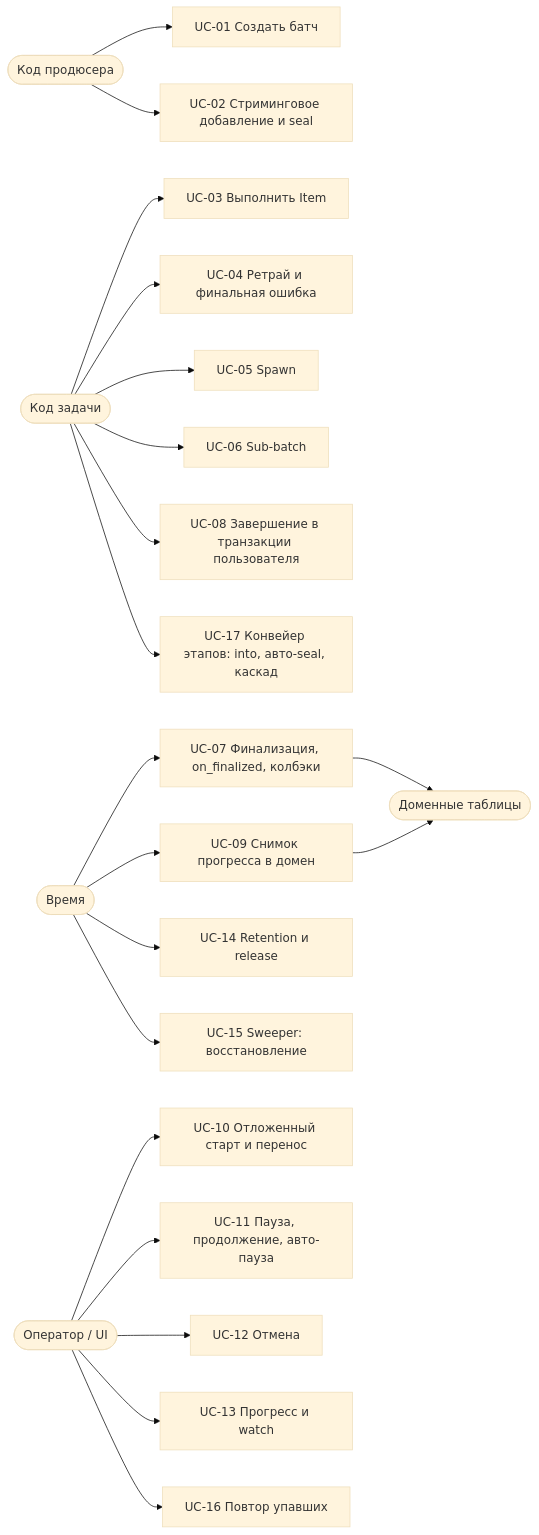
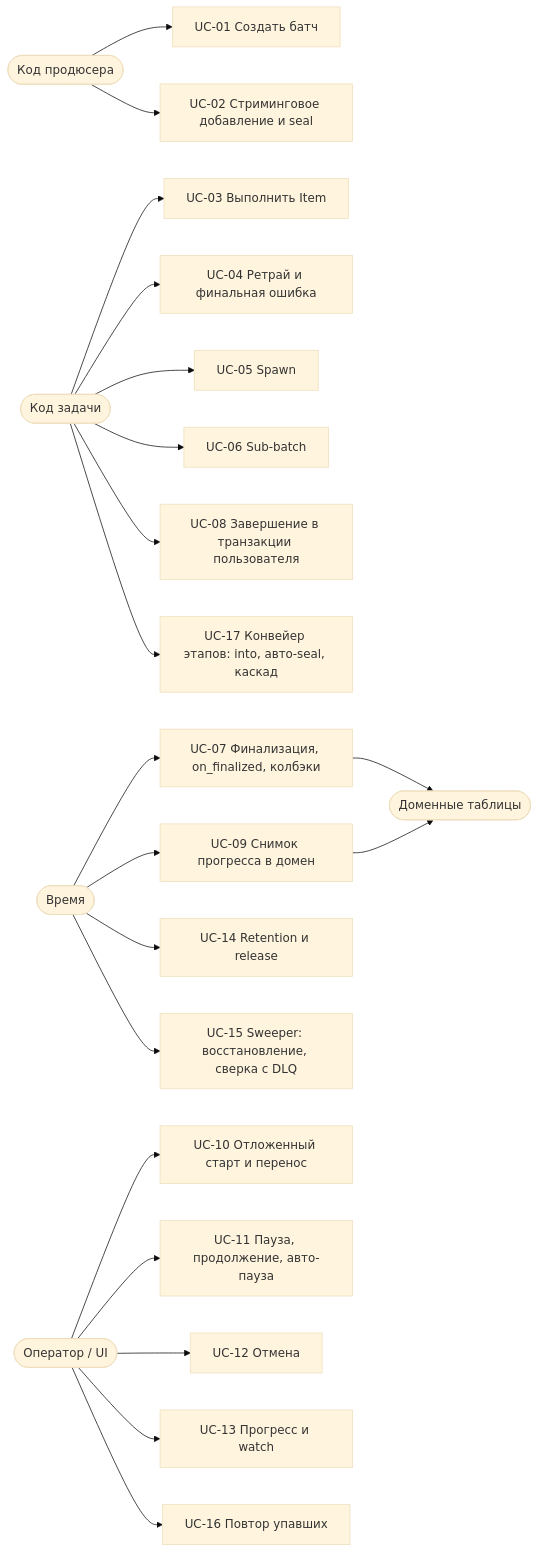
Diagram 12 of 40 in docs/ARCHITECTURE.md (0cherednoq/Tallyho), drawn with Mermaid (base theme) before and after one commit. The commit also changed other lines of this file, not shown here.

First line of the commit message:
Fix-6: описать сверку с DLQ и поколение отправки Item

````diff
--- a/docs/ARCHITECTURE.md
+++ b/docs/ARCHITECTURE.md
@@ -848,28 +859,28 @@
 ```mermaid
 flowchart LR
     prod(["Код продюсера"])
     work(["Код задачи"])
     ops(["Оператор / UI"])
     dom(["Доменные таблицы"])
     time(["Время"])
 
     prod --> UC01["UC-01 Создать батч"]
     prod --> UC02["UC-02 Стриминговое добавление и seal"]
     work --> UC03["UC-03 Выполнить Item"]
     work --> UC04["UC-04 Ретрай и финальная ошибка"]
     work --> UC05["UC-05 Spawn"]
     work --> UC06["UC-06 Sub-batch"]
     time --> UC07["UC-07 Финализация, on_finalized, колбэки"]
     UC07 --> dom
     work --> UC08["UC-08 Завершение в транзакции пользователя"]
     time --> UC09["UC-09 Снимок прогресса в домен"]
     UC09 --> dom
     ops --> UC10["UC-10 Отложенный старт и перенос"]
     ops --> UC11["UC-11 Пауза, продолжение, авто-пауза"]
     ops --> UC12["UC-12 Отмена"]
     ops --> UC13["UC-13 Прогресс и watch"]
     time --> UC14["UC-14 Retention и release"]
-    time --> UC15["UC-15 Sweeper: восстановление"]
+    time --> UC15["UC-15 Sweeper: восстановление, сверка с DLQ"]
     ops --> UC16["UC-16 Повтор упавших"]
     work --> UC17["UC-17 Конвейер этапов: into, авто-seal, каскад"]
 ```
````
